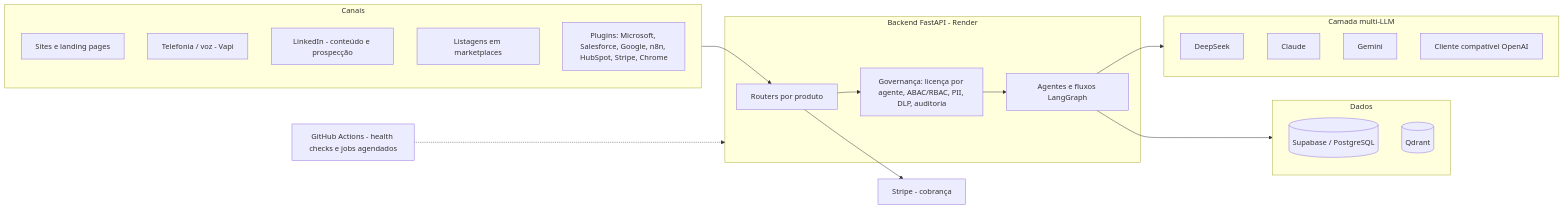
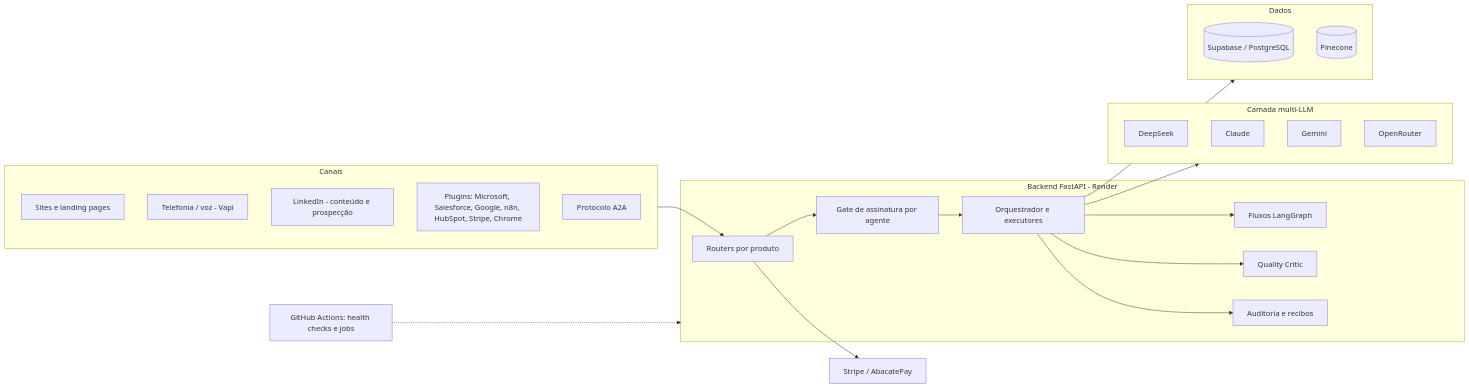
Before and after one commit to carruda-Global/aion-showcase: the diagram in README.md, drawn with Mermaid. The commit also changed other lines of this file and 8 other files, not shown here.

Commit message:
docs: evidence-based portfolio, four-axis architecture (multiagent, infra, security, compliance), Orbit with attribution

````diff
--- a/README.md
+++ b/README.md
@@ -11,30 +28,36 @@
 ```mermaid
 flowchart LR
   subgraph Canais
     S[Sites e landing pages]
     V[Telefonia / voz - Vapi]
     L[LinkedIn - conteúdo e prospecção]
-    M[Listagens em marketplaces]
     PL[Plugins: Microsoft, Salesforce, Google, n8n, HubSpot, Stripe, Chrome]
+    A2A[Protocolo A2A]
   end
   subgraph Backend[Backend FastAPI - Render]
     R[Routers por produto]
-    G[Governança: licença por agente, ABAC/RBAC, PII, DLP, auditoria]
-    A[Agentes e fluxos LangGraph]
+    G[Gate de assinatura por agente]
+    O[Orquestrador e executores]
+    A[Fluxos LangGraph]
+    QC[Quality Critic]
+    AU[Auditoria e recibos]
   end
   subgraph LLMs[Camada multi-LLM]
     D[DeepSeek]
     C[Claude]
     GE[Gemini]
-    O[Cliente compatível OpenAI]
+    OR[OpenRouter]
   end
   subgraph Dados
     P[(Supabase / PostgreSQL)]
-    Q[(Qdrant)]
+    PC[(Pinecone)]
   end
-  ST[Stripe - cobrança]
-  Canais --> R --> G --> A --> LLMs
-  A --> Dados
+  ST[Stripe / AbacatePay]
+  Canais --> R --> G --> O --> A
+  O --> LLMs
+  O --> QC
+  O --> AU
+  O --> Dados
   R --> ST
-  GH[GitHub Actions - health checks e jobs agendados] -.-> Backend
+  GH[GitHub Actions: health checks e jobs] -.-> Backend
 ```
````
